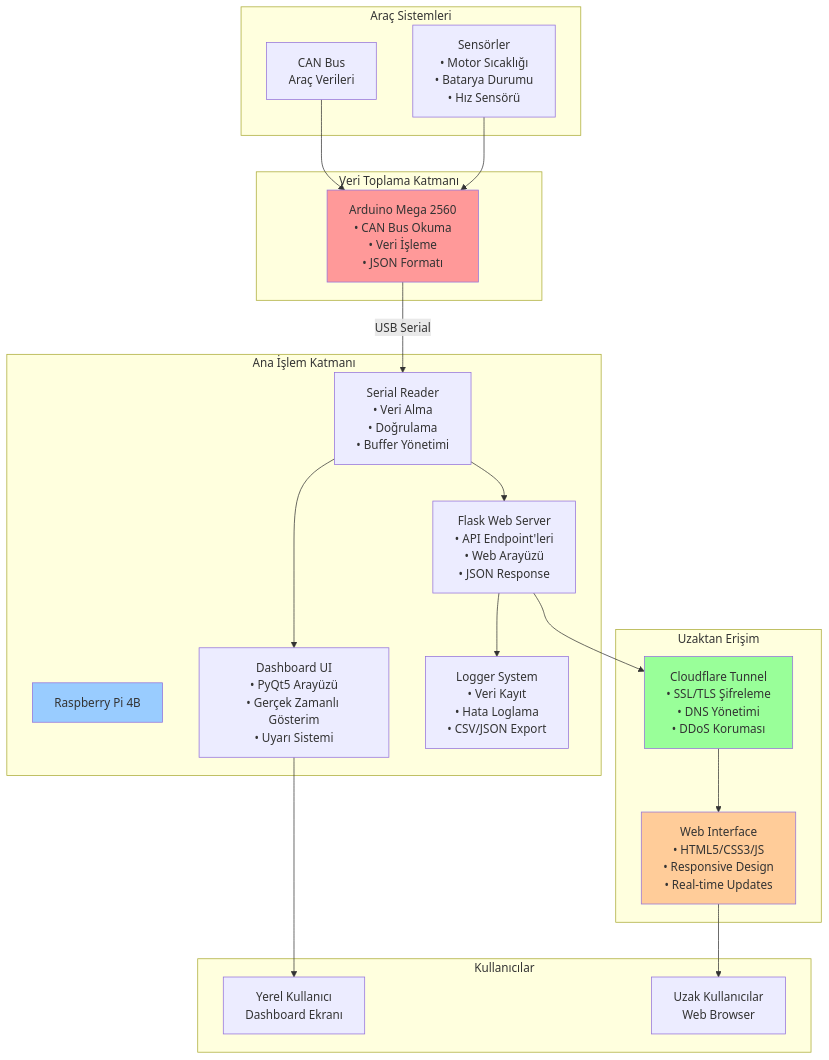
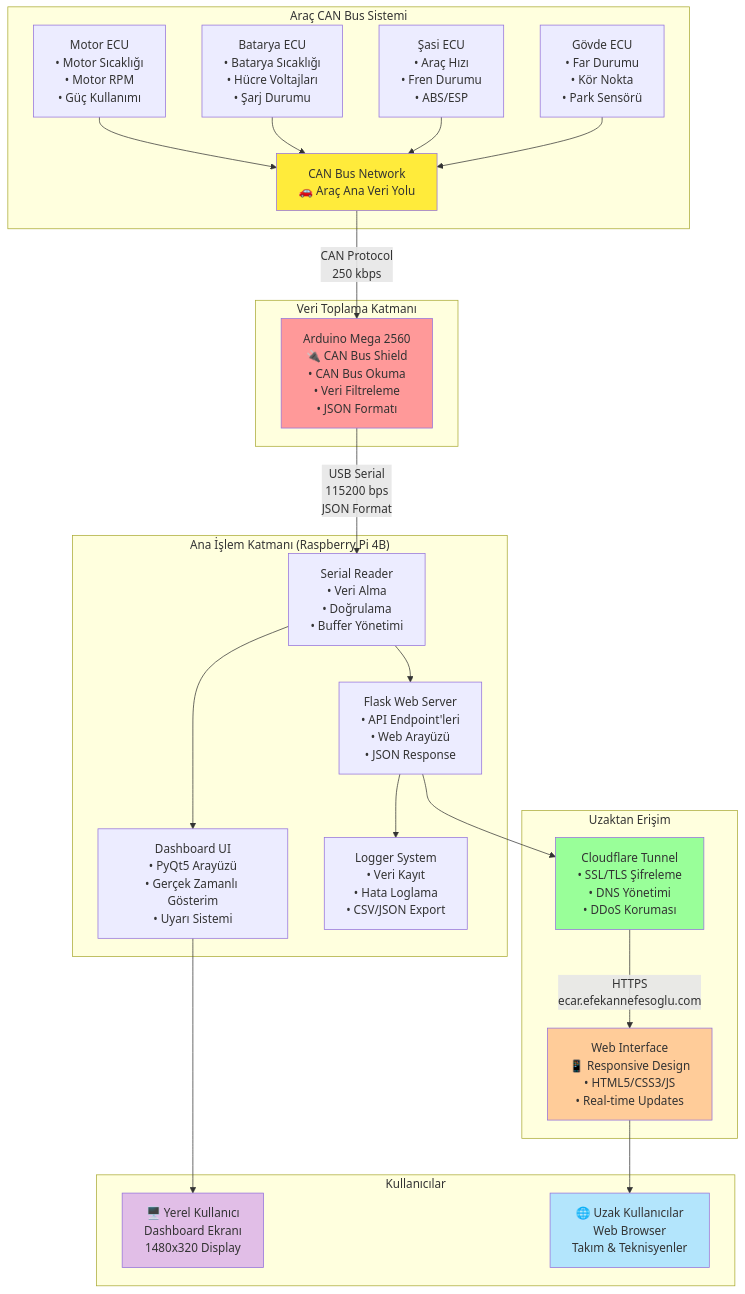
The diagram in README.md (efekannn5/TelemetryBiltekBaru), drawn with Mermaid before and after one commit. The commit also changed other lines of this file, not shown here.

````diff
--- a/README.md
+++ b/README.md
@@ -42,45 +45,53 @@
 ```mermaid
 graph TB
-    subgraph "Araç Sistemleri"
-        CAN["CAN Bus<br/>Araç Verileri"]
-        SENSORS["Sensörler<br/>• Motor Sıcaklığı<br/>• Batarya Durumu<br/>• Hız Sensörü"]
+    subgraph "Araç CAN Bus Sistemi"
+        CAN["CAN Bus Network<br/>🚗 Araç Ana Veri Yolu"]
+        ECU1["Motor ECU<br/>• Motor Sıcaklığı<br/>• Motor RPM<br/>• Güç Kullanımı"]
+        ECU2["Batarya ECU<br/>• Batarya Sıcaklığı<br/>• Hücre Voltajları<br/>• Şarj Durumu"]
+        ECU3["Şasi ECU<br/>• Araç Hızı<br/>• Fren Durumu<br/>• ABS/ESP"]
+        ECU4["Gövde ECU<br/>• Far Durumu<br/>• Kör Nokta<br/>• Park Sensörü"]
+        
+        ECU1 --> CAN
+        ECU2 --> CAN
+        ECU3 --> CAN
+        ECU4 --> CAN
     end
     
     subgraph "Veri Toplama Katmanı"
-        ARDUINO["Arduino Mega 2560<br/>• CAN Bus Okuma<br/>• Veri İşleme<br/>• JSON Formatı"]
+        ARDUINO["Arduino Mega 2560<br/>🔌 CAN Bus Shield<br/>• CAN Bus Okuma<br/>• Veri Filtreleme<br/>• JSON Formatı"]
     end
     
-    subgraph "Ana İşlem Katmanı"
-        RPI["Raspberry Pi 4B"]
+    subgraph "Ana İşlem Katmanı (Raspberry Pi 4B)"
         SERIAL["Serial Reader<br/>• Veri Alma<br/>• Doğrulama<br/>• Buffer Yönetimi"]
         DASHBOARD["Dashboard UI<br/>• PyQt5 Arayüzü<br/>• Gerçek Zamanlı Gösterim<br/>• Uyarı Sistemi"]
         FLASK["Flask Web Server<br/>• API Endpoint'leri<br/>• Web Arayüzü<br/>• JSON Response"]
         LOGGER["Logger System<br/>• Veri Kayıt<br/>• Hata Loglama<br/>• CSV/JSON Export"]
     end
     
     subgraph "Uzaktan Erişim"
         CLOUDFLARE["Cloudflare Tunnel<br/>• SSL/TLS Şifreleme<br/>• DNS Yönetimi<br/>• DDoS Koruması"]
-        WEB["Web Interface<br/>• HTML5/CSS3/JS<br/>• Responsive Design<br/>• Real-time Updates"]
+        WEB["Web Interface<br/>📱 Responsive Design<br/>• HTML5/CSS3/JS<br/>• Real-time Updates"]
     end
     
     subgraph "Kullanıcılar"
-        LOCAL["Yerel Kullanıcı<br/>Dashboard Ekranı"]
-        REMOTE["Uzak Kullanıcılar<br/>Web Browser"]
+        LOCAL["🖥️ Yerel Kullanıcı<br/>Dashboard Ekranı<br/>1480x320 Display"]
+        REMOTE["🌐 Uzak Kullanıcılar<br/>Web Browser<br/>Takım & Teknisyenler"]
     end
     
-    CAN --> ARDUINO
-    SENSORS --> ARDUINO
-    ARDUINO -->|USB Serial| SERIAL
+    CAN -->|CAN Protocol<br/>250 kbps| ARDUINO
+    ARDUINO -->|USB Serial<br/>115200 bps<br/>JSON Format| SERIAL
     SERIAL --> DASHBOARD
     SERIAL --> FLASK
     DASHBOARD --> LOCAL
     FLASK --> LOGGER
     FLASK --> CLOUDFLARE
-    CLOUDFLARE --> WEB
+    CLOUDFLARE -->|HTTPS<br/>ecar.efekannefesoglu.com| WEB
     WEB --> REMOTE
     
     style ARDUINO fill:#ff9999
-    style RPI fill:#99ccff
+    style CAN fill:#ffeb3b
     style CLOUDFLARE fill:#99ff99
     style WEB fill:#ffcc99
+    style LOCAL fill:#e1bee7
+    style REMOTE fill:#b3e5fc
 ```
````
